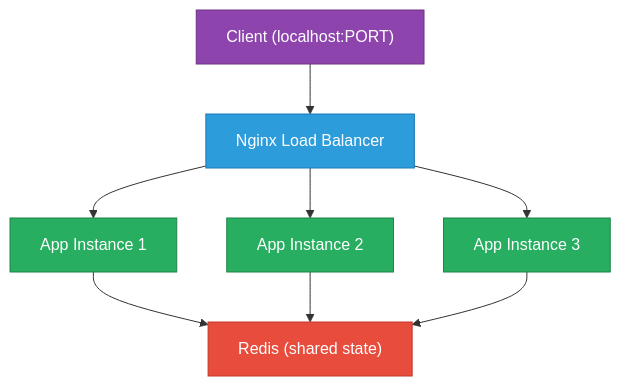
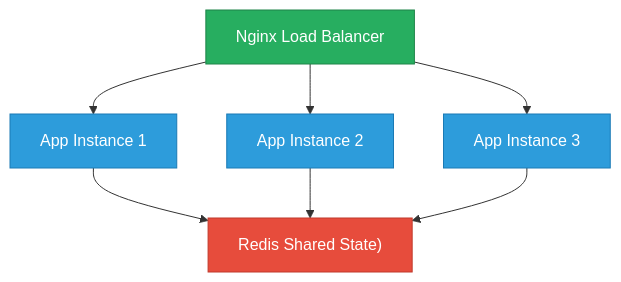
One commit to SzymonIwaniuk/stock-market-go changed the diagram in README.md. Above: the diagram before and after it, drawn with Mermaid. The commit also changed other lines of this file, not shown here.

Commit message:
chore: small changes

````diff
--- a/README.md
+++ b/README.md
@@ -26,17 +26,16 @@
 ```mermaid
 graph TD
-    Client["Client (localhost:PORT)"] --> Nginx["Nginx Load Balancer"]
+    Nginx["Nginx Load Balancer"]
     Nginx --> App1["App Instance 1"]
     Nginx --> App2["App Instance 2"]
     Nginx --> App3["App Instance 3"]
-    App1 --> Redis["Redis (shared state)"]
+    App1 --> Redis["Redis Shared State)"]
     App2 --> Redis
     App3 --> Redis
 
-    style Nginx fill:#2d9cdb,stroke:#1a7ab5,color:#fff
-    style App1 fill:#27ae60,stroke:#1e8449,color:#fff
-    style App2 fill:#27ae60,stroke:#1e8449,color:#fff
-    style App3 fill:#27ae60,stroke:#1e8449,color:#fff
+    style Nginx fill:#27ae60,stroke:#1e8449,color:#fff
+    style App1 fill:#2d9cdb,stroke:#1a7ab5,color:#fff
+    style App2 fill:#2d9cdb,stroke:#1a7ab5,color:#fff
+    style App3 fill:#2d9cdb,stroke:#1a7ab5,color:#fff
     style Redis fill:#e74c3c,stroke:#c0392b,color:#fff
-    style Client fill:#8e44ad,stroke:#6c3483,color:#fff
 ```
````
